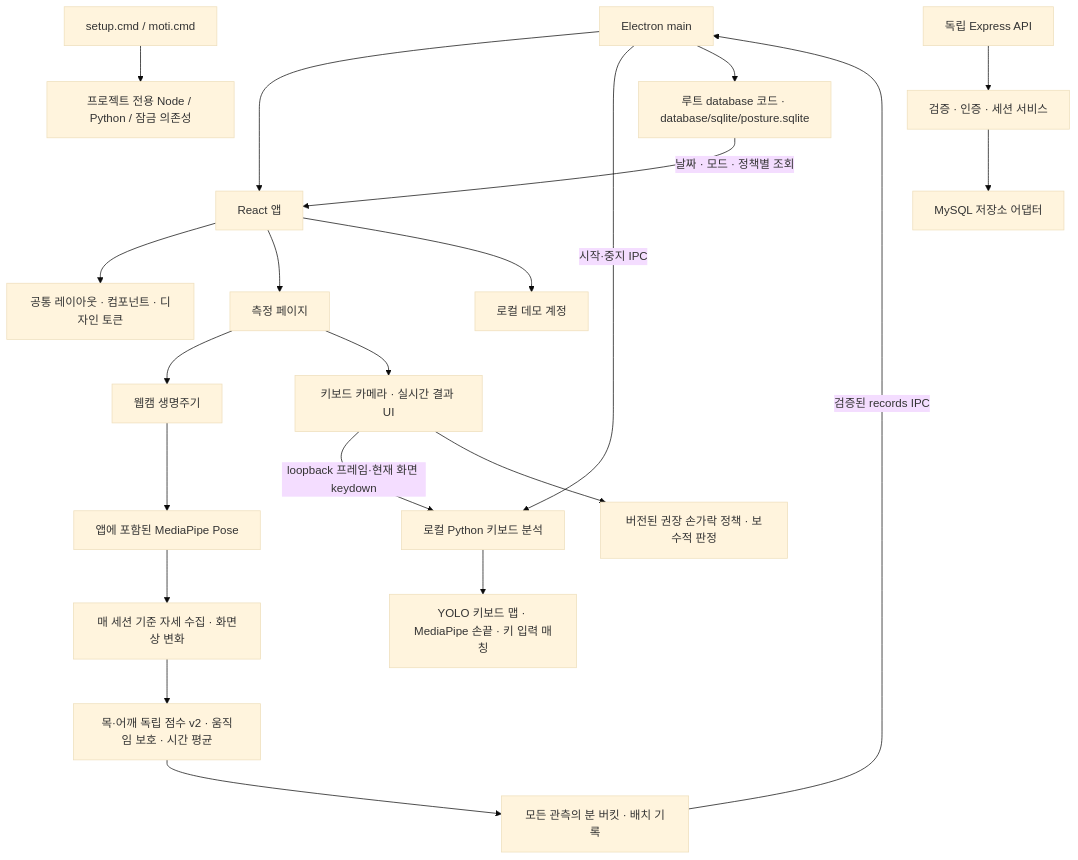
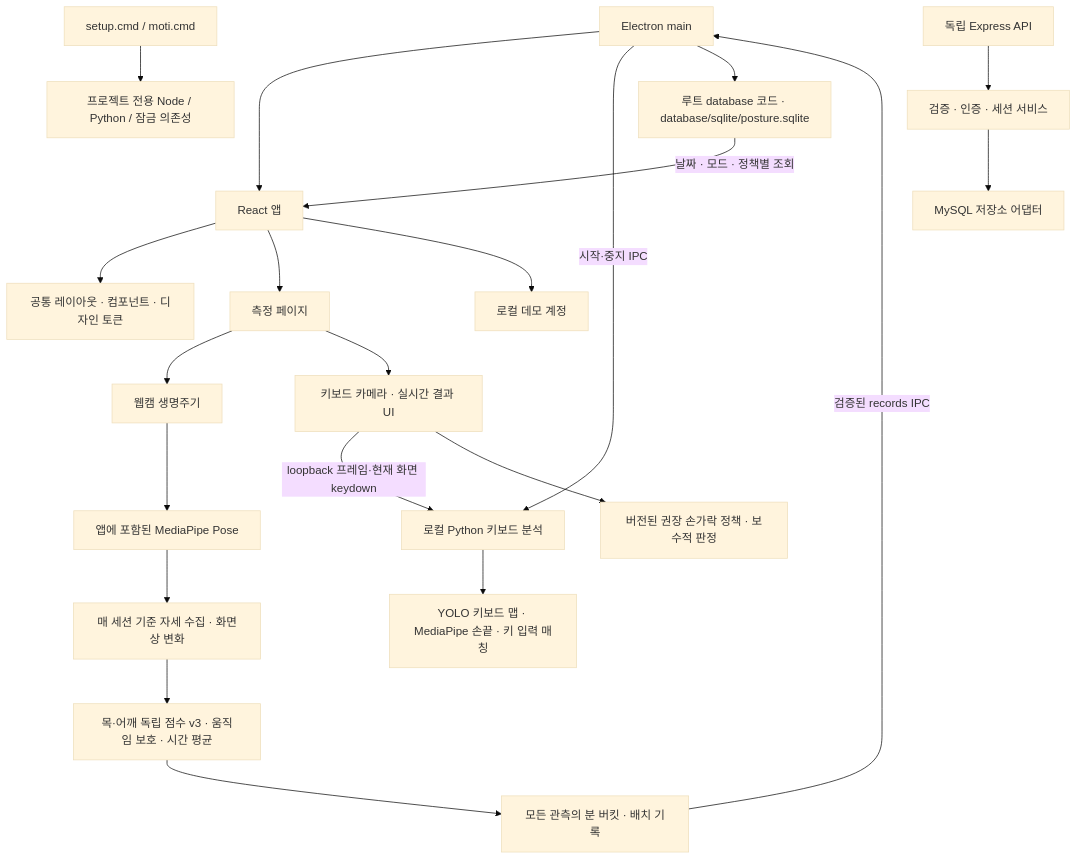
Before and after one commit to Attraaa/Graduation-Project: the diagram in docs/architecture.md, drawn with Mermaid (base theme). The commit also changed other lines of this file and 17 other files, not shown here.

````diff
--- a/docs/architecture.md
+++ b/docs/architecture.md
@@ -7,23 +7,23 @@
 ```mermaid
 flowchart TD
   S[setup.cmd / moti.cmd] --> T[프로젝트 전용 Node / Python / 잠금 의존성]
   E[Electron main] --> R[React 앱]
   E -->|시작·중지 IPC| K[로컬 Python 키보드 분석]
   R --> UI[공통 레이아웃 · 컴포넌트 · 디자인 토큰]
   R --> M[측정 페이지]
   M --> W[웹캠 생명주기]
   W --> P[앱에 포함된 MediaPipe Pose]
   P --> C[매 세션 기준 자세 수집 · 화면상 변화]
-  C --> V1[목·어깨 독립 점수 v2 · 움직임 보호 · 시간 평균]
+  C --> V1[목·어깨 독립 점수 v3 · 움직임 보호 · 시간 평균]
   R --> D[로컬 데모 계정]
   V1 --> REC[모든 관측의 분 버킷 · 배치 기록]
   REC -->|검증된 records IPC| E
   E --> SQLITE[루트 database 코드 · database/sqlite/posture.sqlite]
   SQLITE -->|날짜 · 모드 · 정책별 조회| R
   A[독립 Express API] --> V[검증 · 인증 · 세션 서비스]
   V --> DB[MySQL 저장소 어댑터]
   M --> KM[키보드 카메라 · 실시간 결과 UI]
   KM -->|loopback 프레임·현재 화면 keydown| K
   K --> F[YOLO 키보드 맵 · MediaPipe 손끝 · 키 입력 매칭]
   KM --> FP[버전된 권장 손가락 정책 · 보수적 판정]
 ```
````
